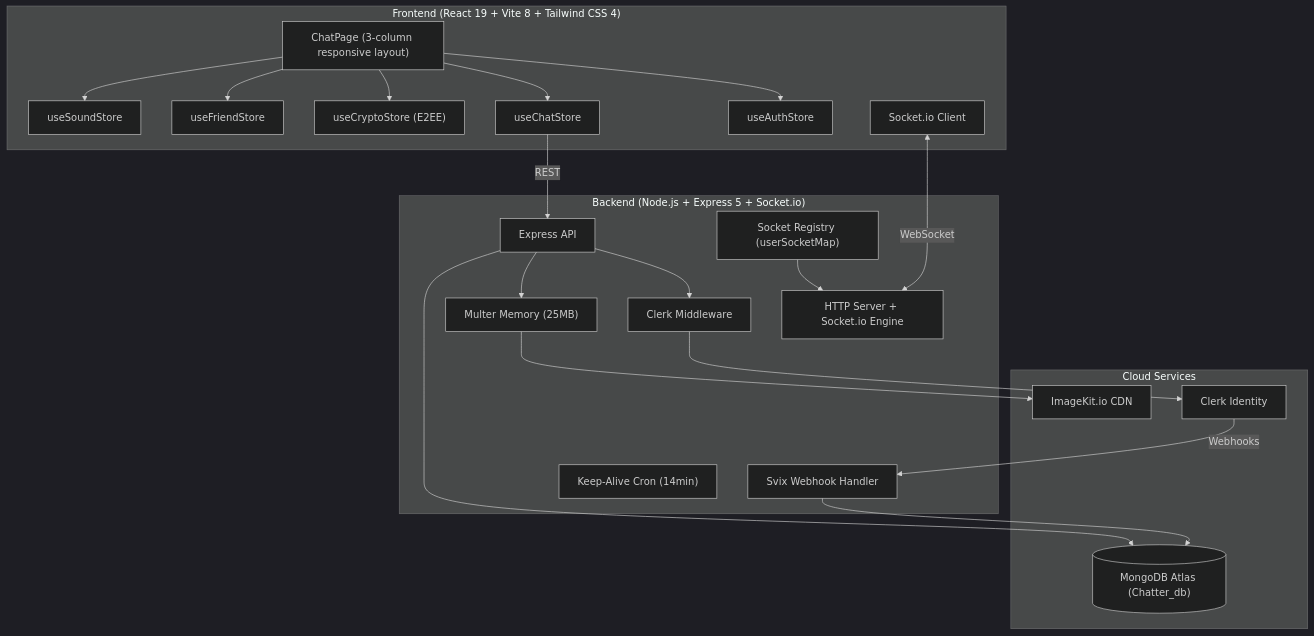
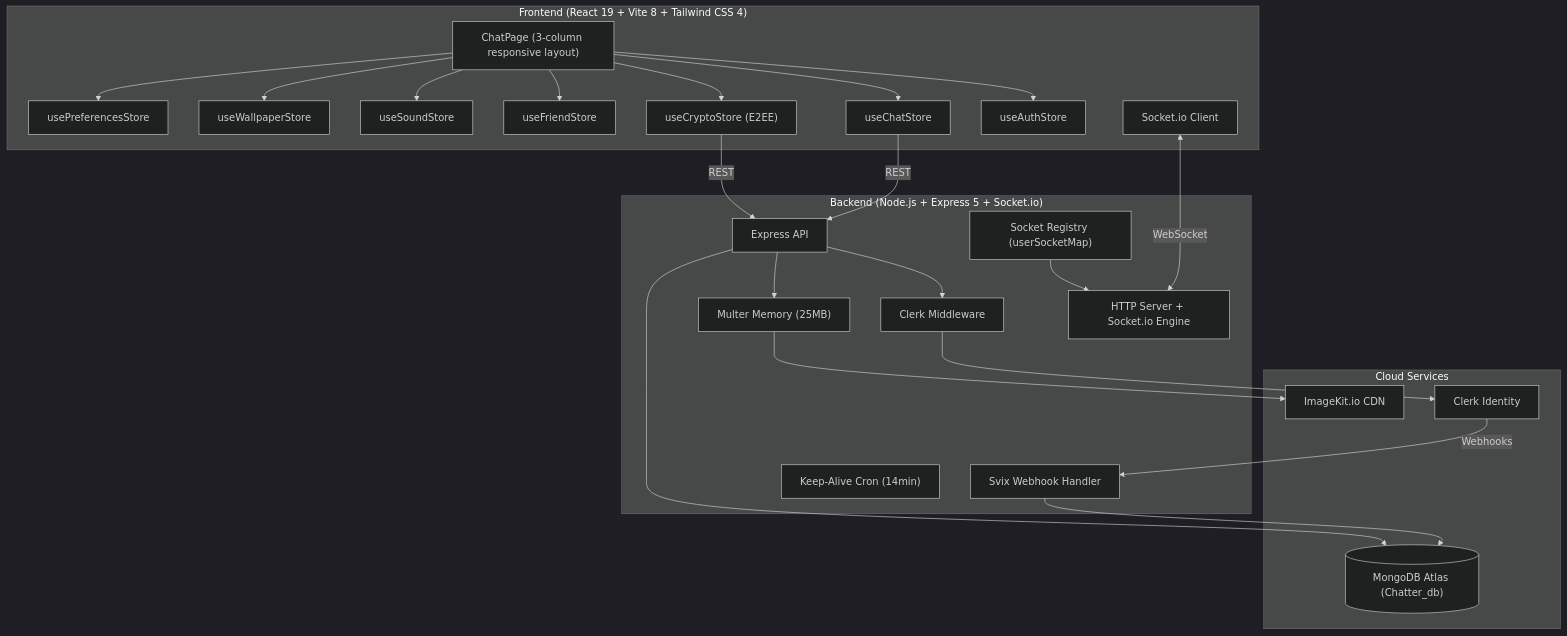
Before and after one commit to ayushnandi718-dev/Chatter: the first of 2 diagrams in docs/ARCHITECTURE.md, drawn with Mermaid (dark theme). The commit also changed other lines of this file and 7 other files, not shown here.

Commit message:
docs: rewrite all markdown files to v4.0 — PRD, architecture, API spec, project review, contributing

````diff
--- a/docs/ARCHITECTURE.md
+++ b/docs/ARCHITECTURE.md
@@ -11,39 +12,42 @@
 ```mermaid
 graph TD
     subgraph Client ["Frontend (React 19 + Vite 8 + Tailwind CSS 4)"]
         UI["ChatPage (3-column responsive layout)"]
         ZAuth["useAuthStore"]
         ZChat["useChatStore"]
         ZCrypto["useCryptoStore (E2EE)"]
         ZFriend["useFriendStore"]
         ZSound["useSoundStore"]
+        ZWallpaper["useWallpaperStore"]
+        ZPrefs["usePreferencesStore"]
         SockClient["Socket.io Client"]
     end
 
     subgraph Managed ["Cloud Services"]
         ClerkAuth["Clerk Identity"]
         MongoAtlas[("MongoDB Atlas (Chatter_db)")]
         ImageKitCDN["ImageKit.io CDN"]
     end
 
     subgraph Backend ["Backend (Node.js + Express 5 + Socket.io)"]
         HttpServer["HTTP Server + Socket.io Engine"]
         ExpressApp["Express API"]
         AuthMW["Clerk Middleware"]
         MulterMW["Multer Memory (25MB)"]
         ClerkWebhook["Svix Webhook Handler"]
         SocketReg["Socket Registry (userSocketMap)"]
         Cron["Keep-Alive Cron (14min)"]
     end
 
-    UI --> ZAuth & ZChat & ZCrypto & ZFriend & ZSound
+    UI --> ZAuth & ZChat & ZCrypto & ZFriend & ZSound & ZWallpaper & ZPrefs
     ZChat -->|REST| ExpressApp
+    ZCrypto -->|REST| ExpressApp
     SockClient <-->|WebSocket| HttpServer
     ExpressApp --> AuthMW & MulterMW
     AuthMW --> ClerkAuth
     ClerkAuth -->|Webhooks| ClerkWebhook
     MulterMW --> ImageKitCDN
     ClerkWebhook --> MongoAtlas
     ExpressApp --> MongoAtlas
     SocketReg --> HttpServer
 ```
````
